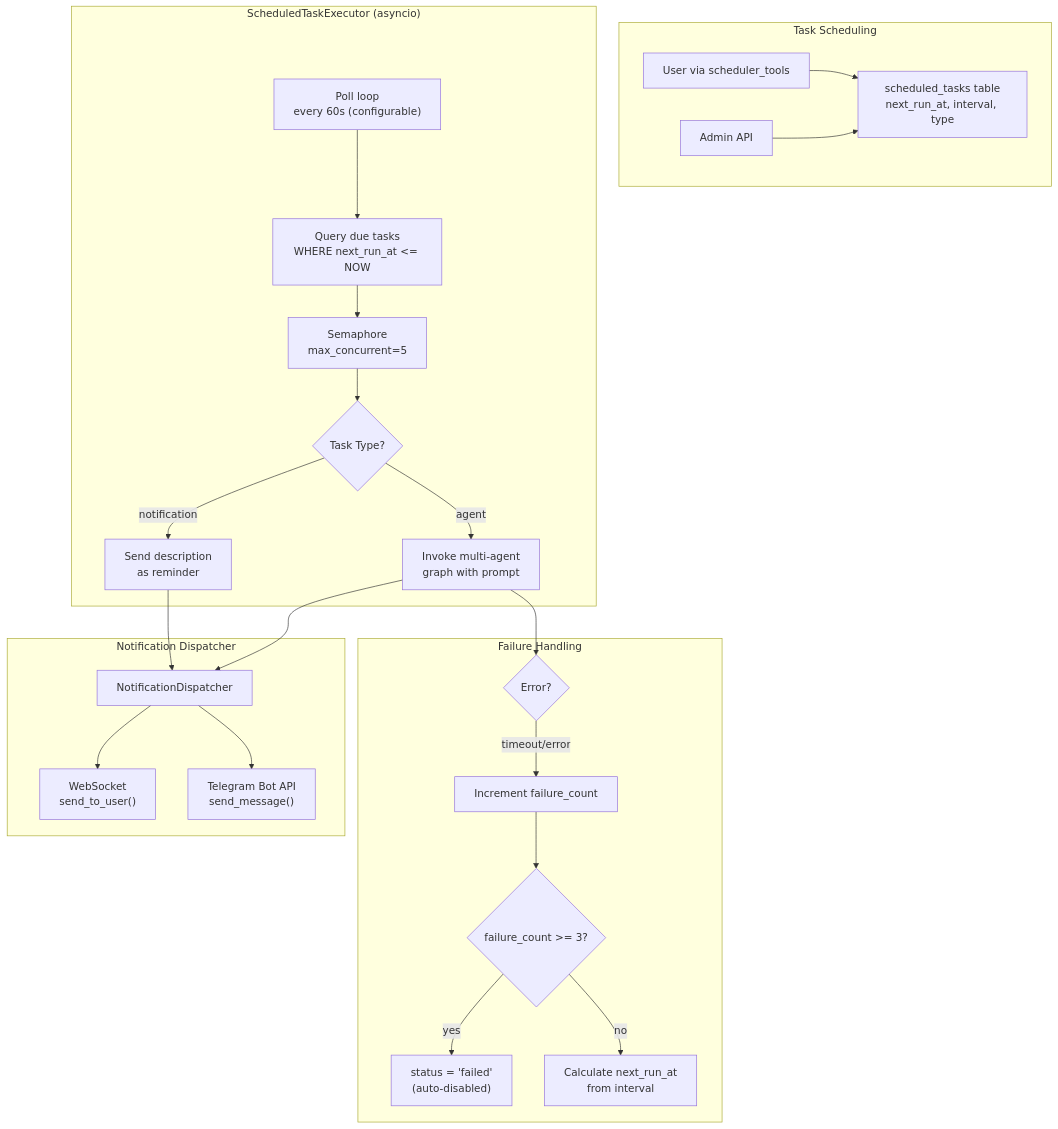
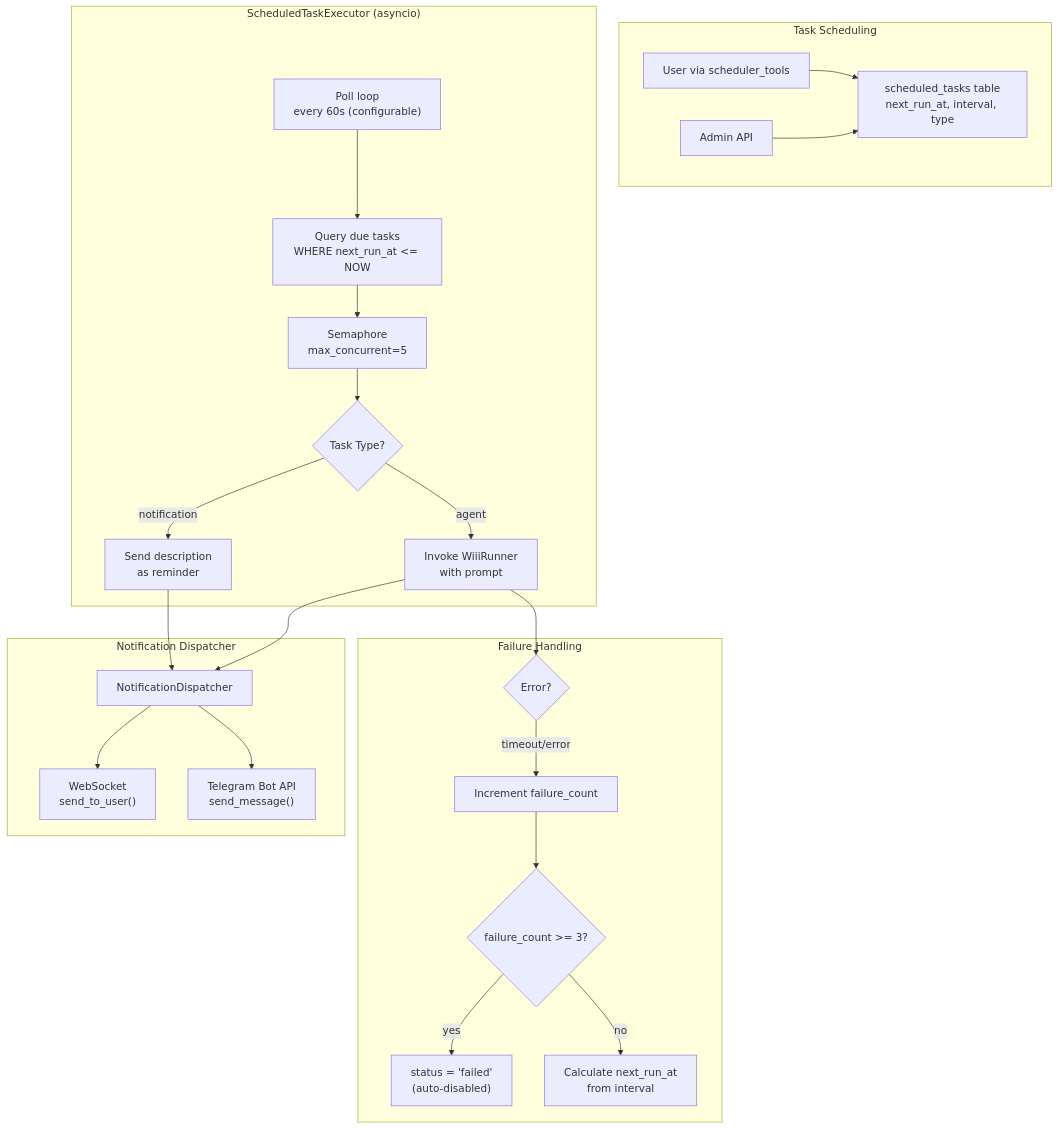
Diagram 12 of 20 in maritime-ai-service/docs/architecture/SYSTEM_FLOW.md (meiiie/wiii), drawn with Mermaid before and after one commit. The commit also changed other lines of this file and 18 other files, not shown here.

First line of the commit message:
docs: align architecture with WiiiRunner runtime (#143)

````diff
--- a/maritime-ai-service/docs/architecture/SYSTEM_FLOW.md
+++ b/maritime-ai-service/docs/architecture/SYSTEM_FLOW.md
@@ -747,30 +745,30 @@
 ```mermaid
 flowchart TB
     subgraph Schedule["Task Scheduling"]
         USER["User via scheduler_tools"] --> DB["scheduled_tasks table<br/>next_run_at, interval, type"]
         ADMIN["Admin API"] --> DB
     end
 
     subgraph Executor["ScheduledTaskExecutor (asyncio)"]
         POLL["Poll loop<br/>every 60s (configurable)"] --> QUERY["Query due tasks<br/>WHERE next_run_at <= NOW"]
         QUERY --> SEM["Semaphore<br/>max_concurrent=5"]
 
         SEM --> TYPE{"Task Type?"}
         TYPE -->|notification| NOTIFY["Send description<br/>as reminder"]
-        TYPE -->|agent| INVOKE["Invoke multi-agent<br/>graph with prompt"]
+        TYPE -->|agent| INVOKE["Invoke WiiiRunner<br/>with prompt"]
     end
 
     subgraph Dispatch["Notification Dispatcher"]
         NOTIFY & INVOKE --> DISP["NotificationDispatcher"]
         DISP --> WS_OUT["WebSocket<br/>send_to_user()"]
         DISP --> TG_OUT["Telegram Bot API<br/>send_message()"]
     end
 
     subgraph Failure["Failure Handling"]
         INVOKE --> FAIL{"Error?"}
         FAIL -->|timeout/error| COUNT["Increment failure_count"]
         COUNT --> CHECK{"failure_count >= 3?"}
         CHECK -->|yes| DISABLE["status = 'failed'<br/>(auto-disabled)"]
         CHECK -->|no| NEXT["Calculate next_run_at<br/>from interval"]
     end
 ```
````
